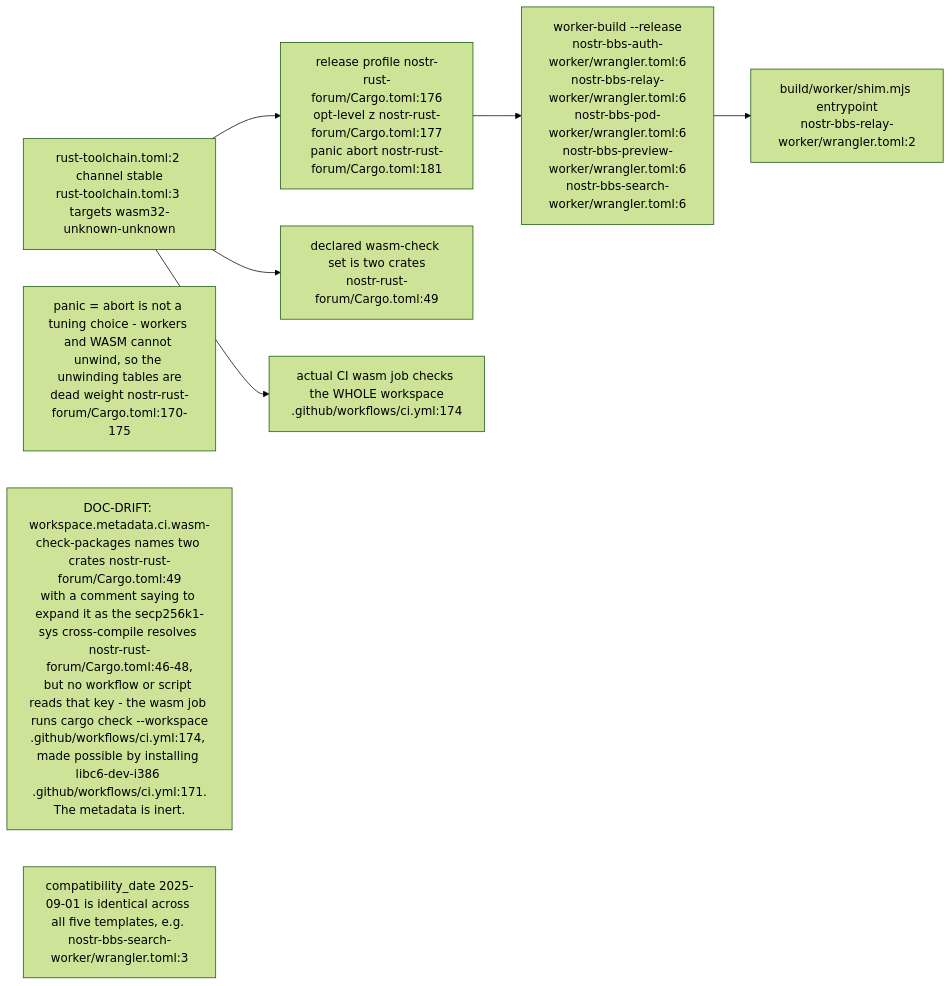
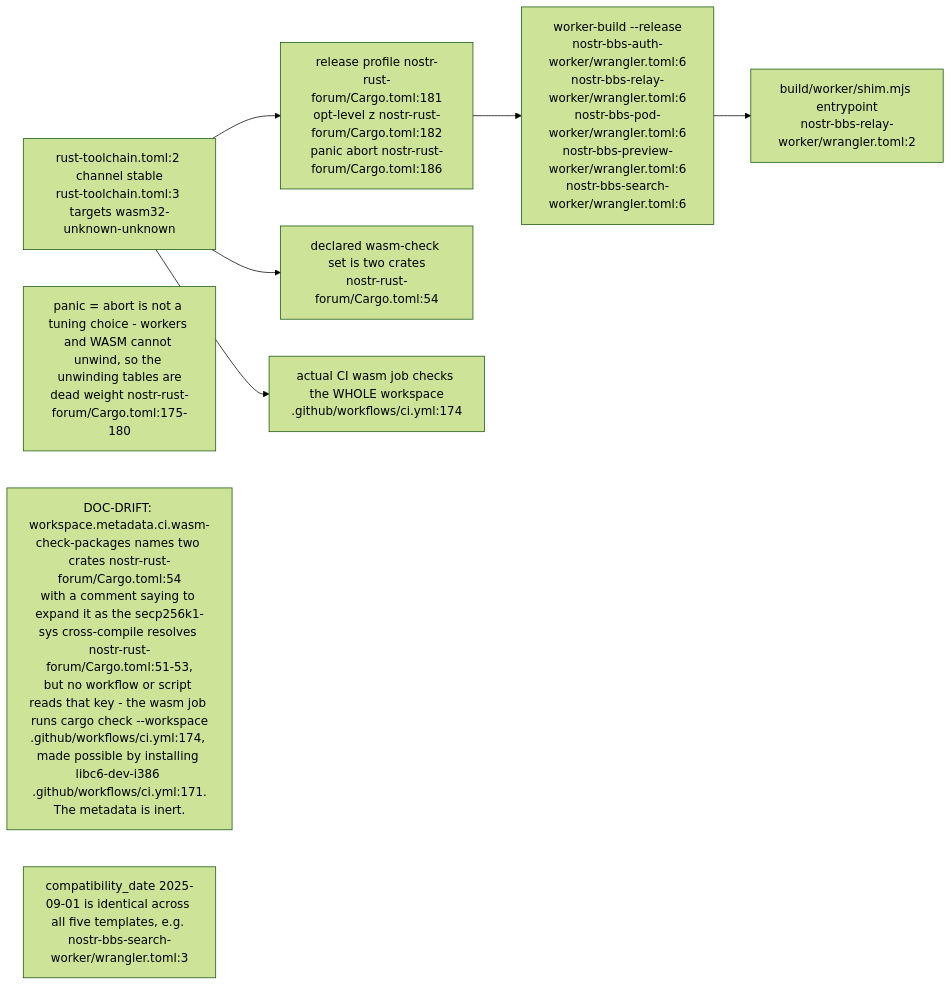
One commit to DreamLab-AI/VisionFlow changed the second of 6 diagrams in docs/diagrams/nostr-rust-forum/01-workspace-and-worker-topology.md. Above: the diagram before and after it, drawn with Mermaid (forest theme). The commit also changed other lines of this file and 136 other files, not shown here.

First line of the commit message:
docs(diagrams): refresh the whole corpus to code HEAD and prune low-value diagrams

````diff
--- a/docs/diagrams/nostr-rust-forum/01-workspace-and-worker-topology.md
+++ b/docs/diagrams/nostr-rust-forum/01-workspace-and-worker-topology.md
@@ -80,17 +86,17 @@
 ```mermaid
 flowchart LR
     TC["rust-toolchain.toml:2 channel stable<br/>rust-toolchain.toml:3 targets wasm32-unknown-unknown"]
-    PROF["release profile nostr-rust-forum/Cargo.toml:176<br/>opt-level z nostr-rust-forum/Cargo.toml:177<br/>panic abort nostr-rust-forum/Cargo.toml:181"]
+    PROF["release profile nostr-rust-forum/Cargo.toml:181<br/>opt-level z nostr-rust-forum/Cargo.toml:182<br/>panic abort nostr-rust-forum/Cargo.toml:186"]
     WB["worker-build --release<br/>nostr-bbs-auth-worker/wrangler.toml:6<br/>nostr-bbs-relay-worker/wrangler.toml:6<br/>nostr-bbs-pod-worker/wrangler.toml:6<br/>nostr-bbs-preview-worker/wrangler.toml:6<br/>nostr-bbs-search-worker/wrangler.toml:6"]
     SHIM["build/worker/shim.mjs entrypoint<br/>nostr-bbs-relay-worker/wrangler.toml:2"]
-    CIW["declared wasm-check set is two crates<br/>nostr-rust-forum/Cargo.toml:49"]
+    CIW["declared wasm-check set is two crates<br/>nostr-rust-forum/Cargo.toml:54"]
     CIJOB["actual CI wasm job checks the WHOLE workspace<br/>.github/workflows/ci.yml:174"]
 
     TC --> PROF --> WB --> SHIM
     TC --> CIW
     TC --> CIJOB
 
-    N1["panic = abort is not a tuning choice - workers and WASM cannot unwind, so the unwinding tables are<br/>dead weight nostr-rust-forum/Cargo.toml:170-175"]
-    N2["DOC-DRIFT: workspace.metadata.ci.wasm-check-packages names two crates nostr-rust-forum/Cargo.toml:49<br/>with a comment saying to expand it as the secp256k1-sys cross-compile resolves nostr-rust-forum/Cargo.toml:46-48,<br/>but no workflow or script reads that key - the wasm job runs cargo check --workspace<br/>.github/workflows/ci.yml:174, made possible by installing libc6-dev-i386 .github/workflows/ci.yml:171.<br/>The metadata is inert."]
+    N1["panic = abort is not a tuning choice - workers and WASM cannot unwind, so the unwinding tables are<br/>dead weight nostr-rust-forum/Cargo.toml:175-180"]
+    N2["DOC-DRIFT: workspace.metadata.ci.wasm-check-packages names two crates nostr-rust-forum/Cargo.toml:54<br/>with a comment saying to expand it as the secp256k1-sys cross-compile resolves nostr-rust-forum/Cargo.toml:51-53,<br/>but no workflow or script reads that key - the wasm job runs cargo check --workspace<br/>.github/workflows/ci.yml:174, made possible by installing libc6-dev-i386 .github/workflows/ci.yml:171.<br/>The metadata is inert."]
     N3["compatibility_date 2025-09-01 is identical across all five templates, e.g. nostr-bbs-search-worker/wrangler.toml:3"]
 ```
````
